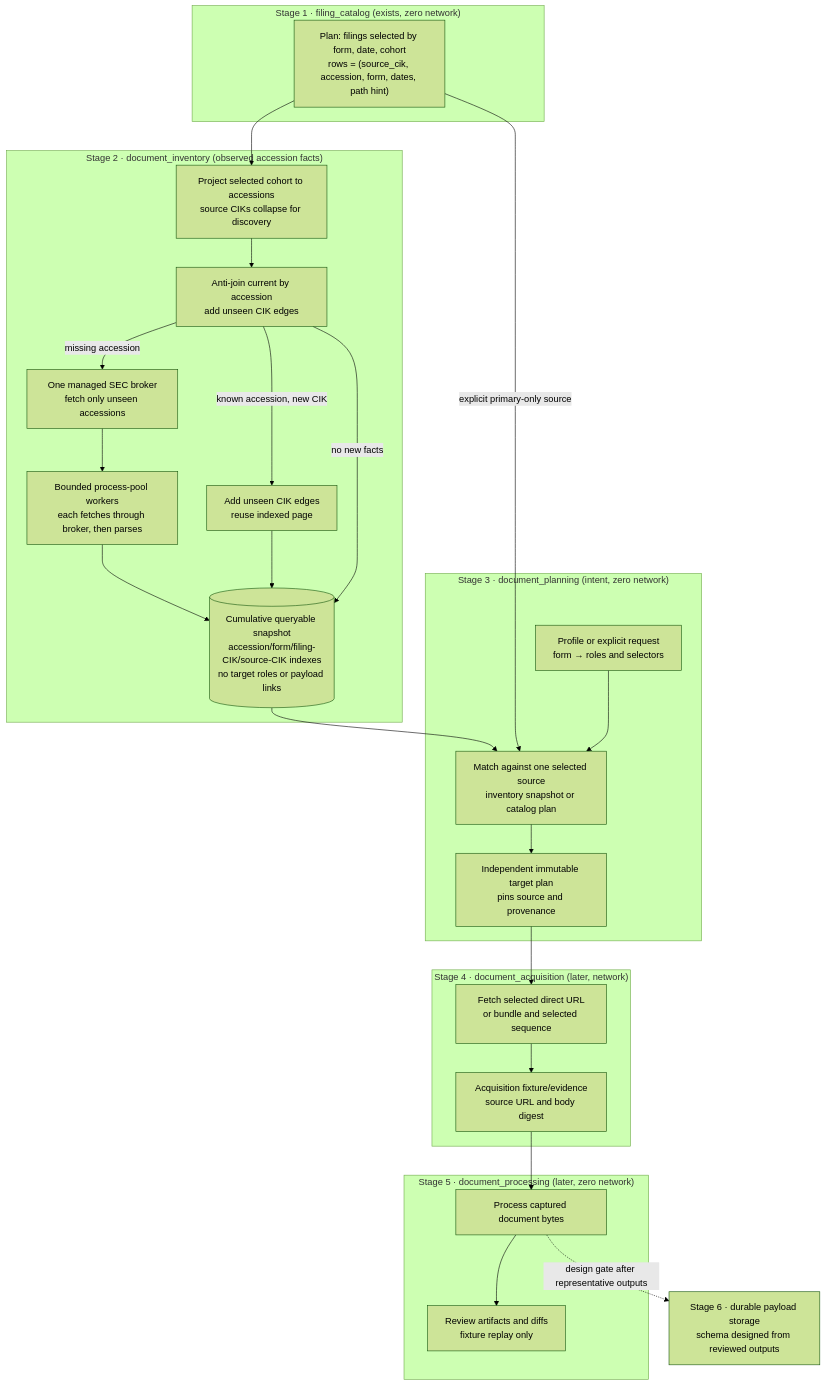
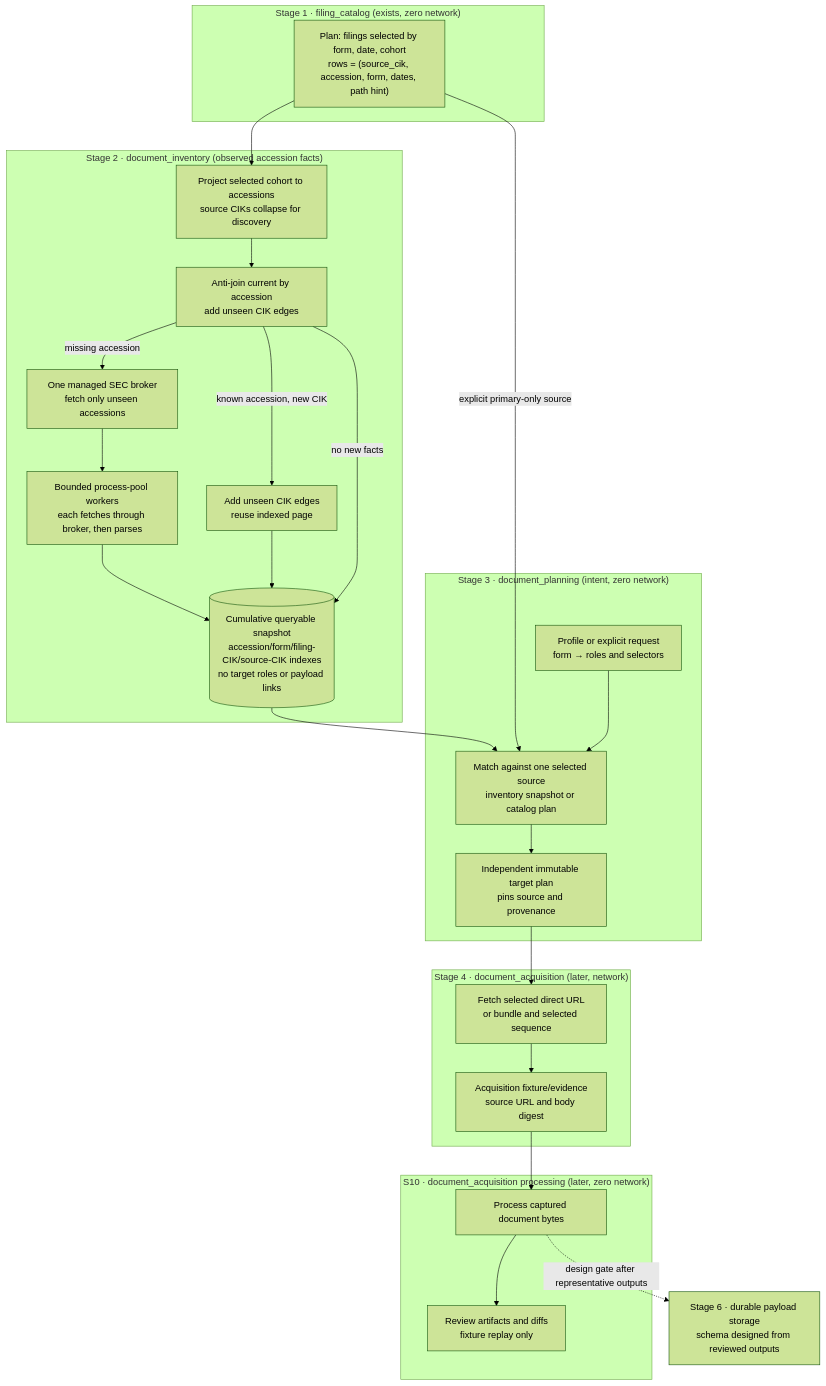
One commit to DerivedFunction01/edgar-sec changed the diagram in roadmap/accession_document_flow/design.md. Above: the diagram before and after it, drawn with Mermaid (forest theme). The commit also changed other lines of this file and 28 other files, not shown here.

Commit message:
docs: update accession document flow subplans and implementation status

````diff
--- a/roadmap/accession_document_flow/design.md
+++ b/roadmap/accession_document_flow/design.md
@@ -54,42 +54,42 @@
 ```mermaid
 flowchart TD
     subgraph S1["Stage 1 · filing_catalog (exists, zero network)"]
         CAT["Plan: filings selected by form, date, cohort<br/>rows = (source_cik, accession, form, dates, path hint)"]
     end
 
     subgraph S2["Stage 2 · document_inventory (observed accession facts)"]
         GRP["Project selected cohort to accessions<br/>source CIKs collapse for discovery"]
         ANTI["Anti-join current by accession<br/>add unseen CIK edges"]
         FETCH["One managed SEC broker<br/>fetch only unseen accessions"]
         PARSE["Bounded process-pool workers<br/>each fetches through broker, then parses"]
         EDGE["Add unseen CIK edges<br/>reuse indexed page"]
         INVT[("Cumulative queryable snapshot<br/>accession/form/filing-CIK/source-CIK indexes<br/>no target roles or payload links")]
     end
 
     subgraph S3["Stage 3 · document_planning (intent, zero network)"]
         RULES["Profile or explicit request<br/>form → roles and selectors"]
         PLAN["Match against one selected source<br/>inventory snapshot or catalog plan"]
         TARGET["Independent immutable target plan<br/>pins source and provenance"]
     end
 
     subgraph S4["Stage 4 · document_acquisition (later, network)"]
         ACQ["Fetch selected direct URL<br/>or bundle and selected sequence"]
         FIX["Acquisition fixture/evidence<br/>source URL and body digest"]
     end
 
-    subgraph S5["Stage 5 · document_processing (later, zero network)"]
+    subgraph S5["S10 · document_acquisition processing (later, zero network)"]
         NORM["Process captured document bytes"]
         REVIEW["Review artifacts and diffs<br/>fixture replay only"]
     end
 
     STORE["Stage 6 · durable payload storage<br/>schema designed from reviewed outputs"]
 
     CAT --> GRP --> ANTI
     ANTI -->|missing accession| FETCH --> PARSE --> INVT
     ANTI -->|known accession, new CIK| EDGE --> INVT
     ANTI -->|no new facts| INVT
     INVT --> PLAN
     CAT -->|explicit primary-only source| PLAN
     RULES --> PLAN --> TARGET --> ACQ --> FIX --> NORM --> REVIEW
     NORM -. "design gate after representative outputs" .-> STORE
 ```
````
